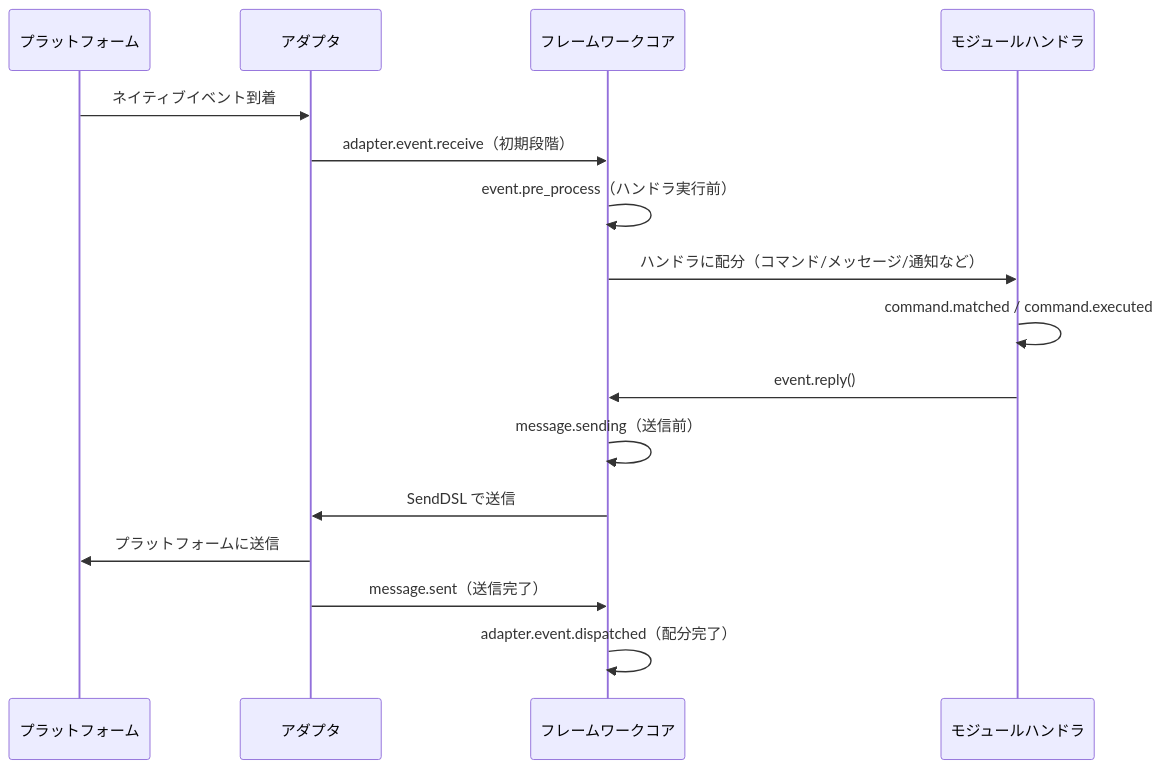
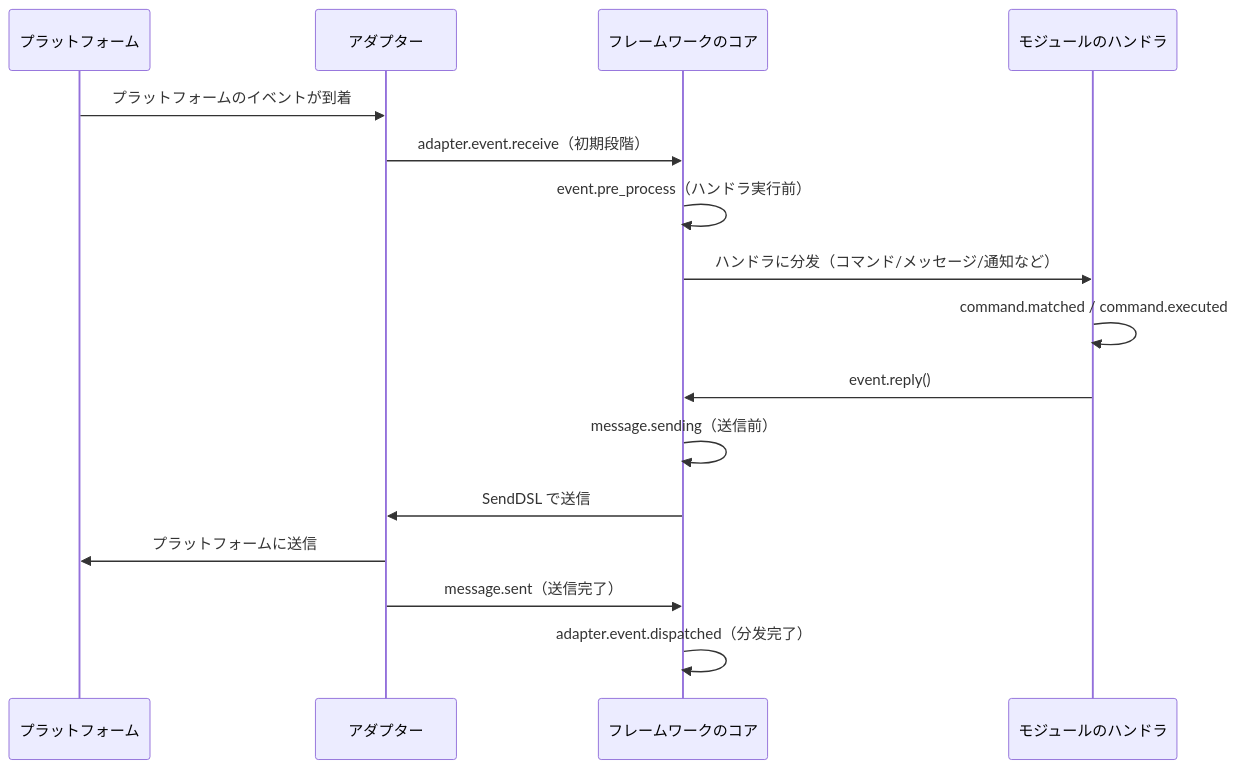
One commit to ErisPulse/ErisPulse changed the diagram in docs/ja/advanced/lifecycle.md. Above: the diagram before and after it, drawn with Mermaid. The commit also changed other lines of this file and 23 other files, not shown here.

````diff
--- a/docs/ja/advanced/lifecycle.md
+++ b/docs/ja/advanced/lifecycle.md
@@ -117,19 +118,19 @@
 ```mermaid
 sequenceDiagram
     participant P as プラットフォーム
-    participant A as アダプタ
-    participant F as フレームワークコア
-    participant M as モジュールハンドラ
+    participant A as アダプター
+    participant F as フレームワークのコア
+    participant M as モジュールのハンドラ
 
-    P->>A: ネイティブイベント到着
+    P->>A: プラットフォームのイベントが到着
     A->>F: adapter.event.receive（初期段階）
     F->>F: event.pre_process（ハンドラ実行前）
-    F->>M: ハンドラに配分（コマンド/メッセージ/通知など）
+    F->>M: ハンドラに分发（コマンド/メッセージ/通知など）
     M->>M: command.matched / command.executed
     M->>F: event.reply()
     F->>F: message.sending（送信前）
     F->>A: SendDSL で送信
     A->>P: プラットフォームに送信
     A->>F: message.sent（送信完了）
-    F->>F: adapter.event.dispatched（配分完了）
+    F->>F: adapter.event.dispatched（分发完了）
 ```
````
